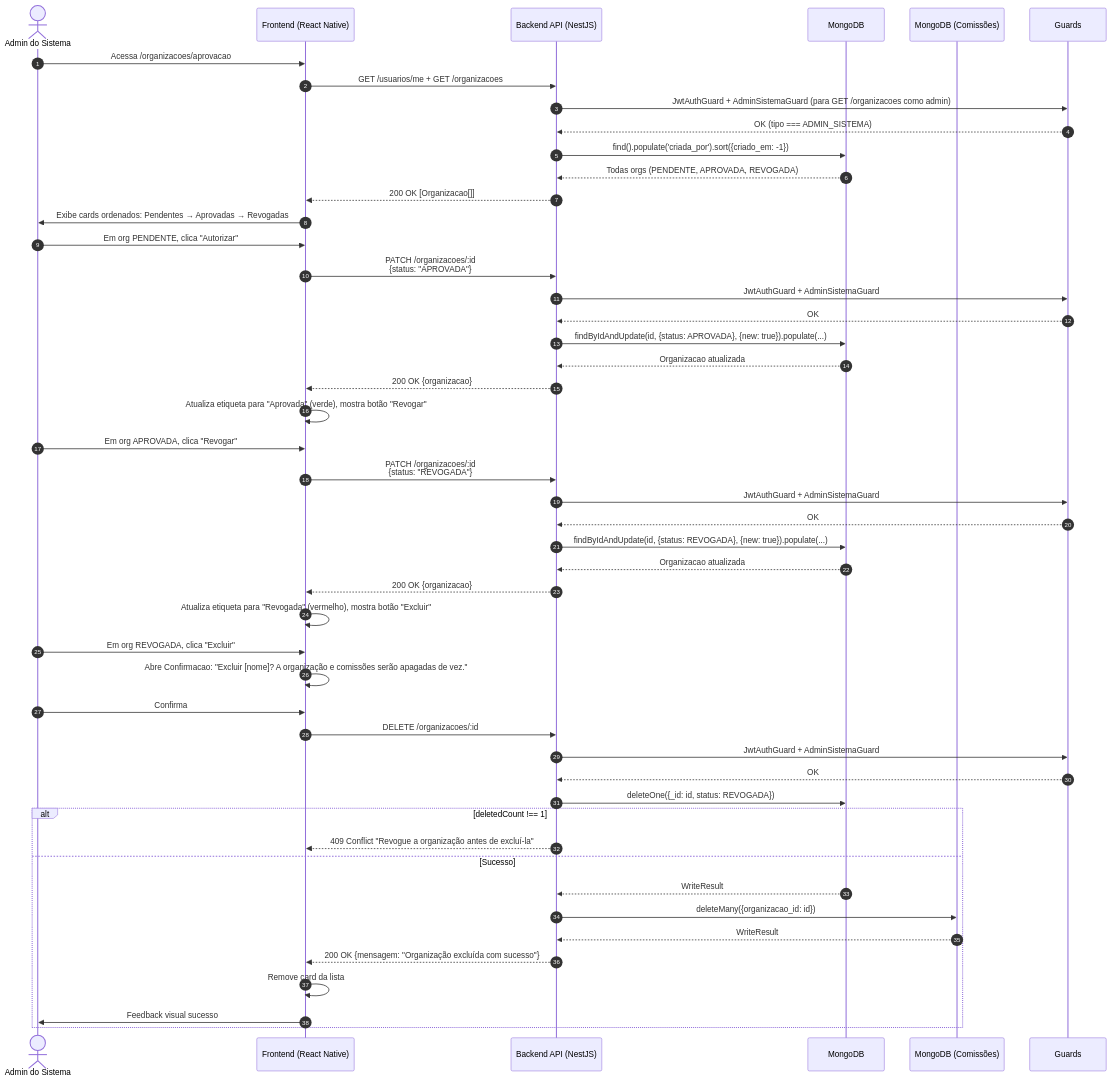
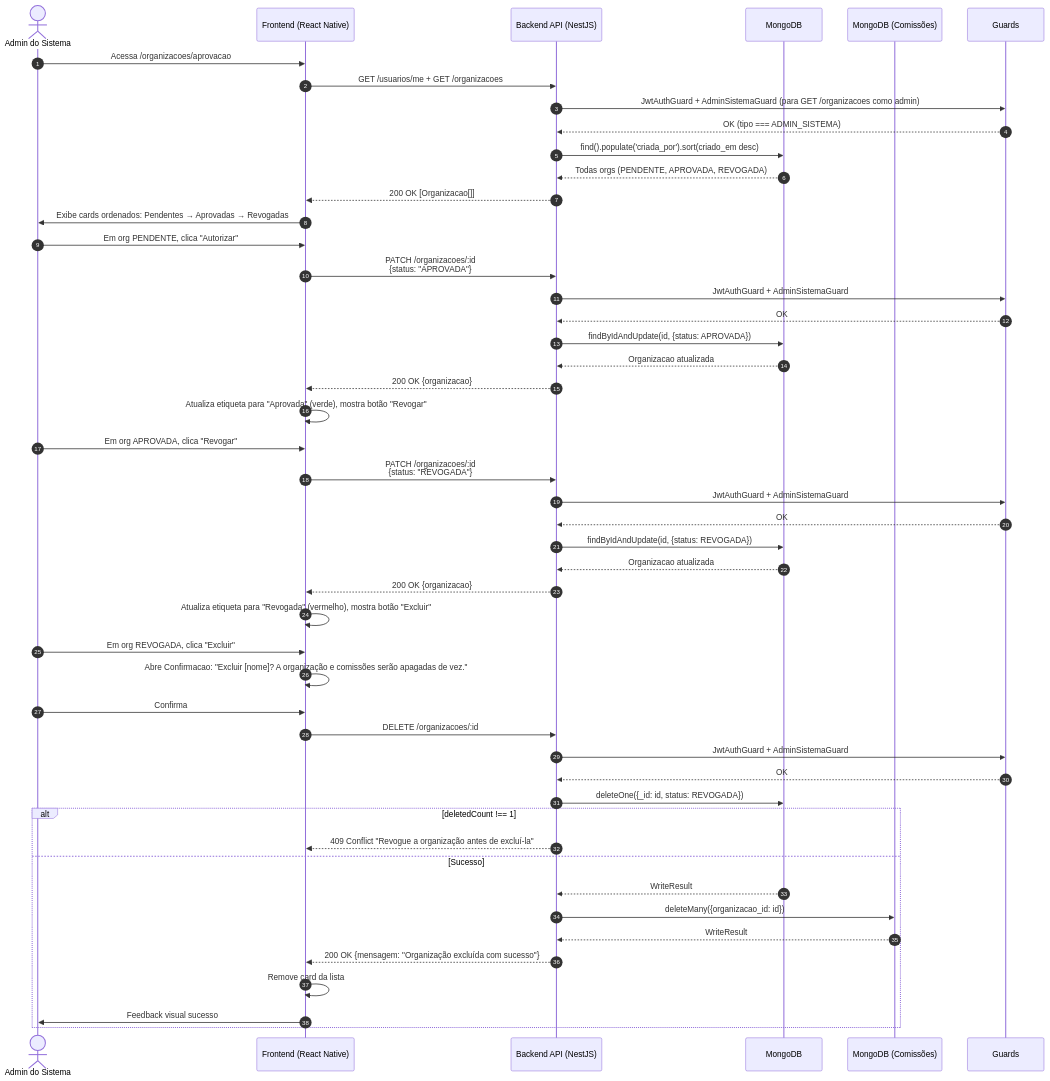
The tenth of 10 diagrams in docs/cadastro-usuario/6 - diagramas-sequencia-cadastro-usuario.md (MrLucasMoreira/PDSI-Conecta-), drawn with Mermaid before and after one commit. The commit also changed other lines of this file and 1 other file, not shown here.

Commit message:
fix: Ajuste dos documentos casos de uso e diagrama de sequencia

````diff
--- a/docs/cadastro-usuario/6 - diagramas-sequencia-cadastro-usuario.md
+++ b/docs/cadastro-usuario/6 - diagramas-sequencia-cadastro-usuario.md
@@ -441,59 +440,59 @@
 ```mermaid
 sequenceDiagram
     autonumber
     actor AdminSistema as Admin do Sistema
     participant Frontend as Frontend (React Native)
     participant API as Backend API (NestJS)
     participant DB as MongoDB
     participant ComissaoDB as MongoDB (Comissões)
     participant Guards as Guards
 
     AdminSistema->>Frontend: Acessa /organizacoes/aprovacao
     Frontend->>API: GET /usuarios/me + GET /organizacoes
     API->>Guards: JwtAuthGuard + AdminSistemaGuard (para GET /organizacoes como admin)
     Guards-->>API: OK (tipo === ADMIN_SISTEMA)
-    API->>DB: find().populate('criada_por').sort({criado_em: -1})
+    API->>DB: find().populate('criada_por').sort(criado_em desc)
     DB-->>API: Todas orgs (PENDENTE, APROVADA, REVOGADA)
     API-->>Frontend: 200 OK [Organizacao[]]
     Frontend->>AdminSistema: Exibe cards ordenados: Pendentes → Aprovadas → Revogadas
 
     %% Aprovar Organização
     AdminSistema->>Frontend: Em org PENDENTE, clica "Autorizar"
     Frontend->>API: PATCH /organizacoes/:id<br/>{status: "APROVADA"}
     API->>Guards: JwtAuthGuard + AdminSistemaGuard
     Guards-->>API: OK
-    API->>DB: findByIdAndUpdate(id, {status: APROVADA}, {new: true}).populate(...)
+    API->>DB: findByIdAndUpdate(id, {status: APROVADA})
     DB-->>API: Organizacao atualizada
     API-->>Frontend: 200 OK {organizacao}
     Frontend->>Frontend: Atualiza etiqueta para "Aprovada" (verde), mostra botão "Revogar"
 
     %% Revogar Organização
     AdminSistema->>Frontend: Em org APROVADA, clica "Revogar"
     Frontend->>API: PATCH /organizacoes/:id<br/>{status: "REVOGADA"}
     API->>Guards: JwtAuthGuard + AdminSistemaGuard
     Guards-->>API: OK
-    API->>DB: findByIdAndUpdate(id, {status: REVOGADA}, {new: true}).populate(...)
+    API->>DB: findByIdAndUpdate(id, {status: REVOGADA})
     DB-->>API: Organizacao atualizada
     API-->>Frontend: 200 OK {organizacao}
     Frontend->>Frontend: Atualiza etiqueta para "Revogada" (vermelho), mostra botão "Excluir"
 
     %% Excluir Organização
     AdminSistema->>Frontend: Em org REVOGADA, clica "Excluir"
     Frontend->>Frontend: Abre Confirmacao: "Excluir [nome]? A organização e comissões serão apagadas de vez."
     AdminSistema->>Frontend: Confirma
     Frontend->>API: DELETE /organizacoes/:id
     API->>Guards: JwtAuthGuard + AdminSistemaGuard
     Guards-->>API: OK
     API->>DB: deleteOne({_id: id, status: REVOGADA})
     
     alt deletedCount !== 1
         API-->>Frontend: 409 Conflict "Revogue a organização antes de excluí-la"
     else Sucesso
         DB-->>API: WriteResult
         API->>ComissaoDB: deleteMany({organizacao_id: id})
         ComissaoDB-->>API: WriteResult
         API-->>Frontend: 200 OK {mensagem: "Organização excluída com sucesso"}
         Frontend->>Frontend: Remove card da lista
         Frontend->>AdminSistema: Feedback visual sucesso
     end
 ```
````
